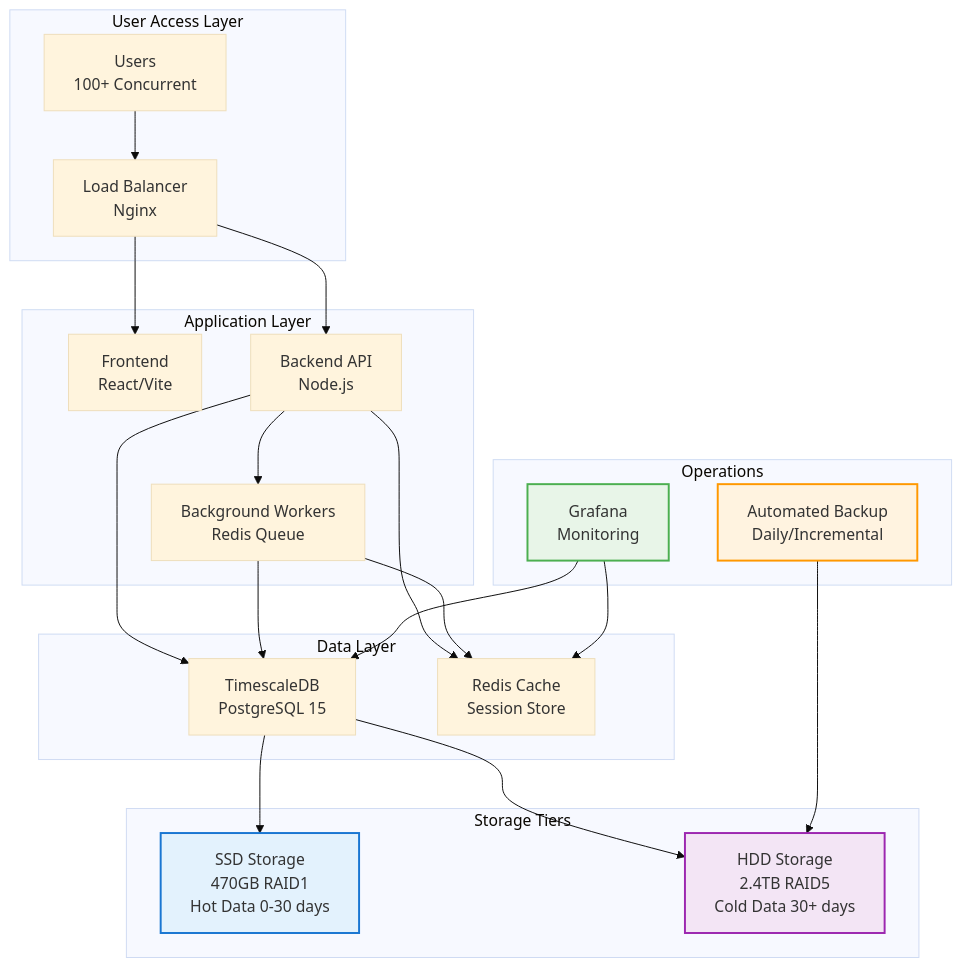
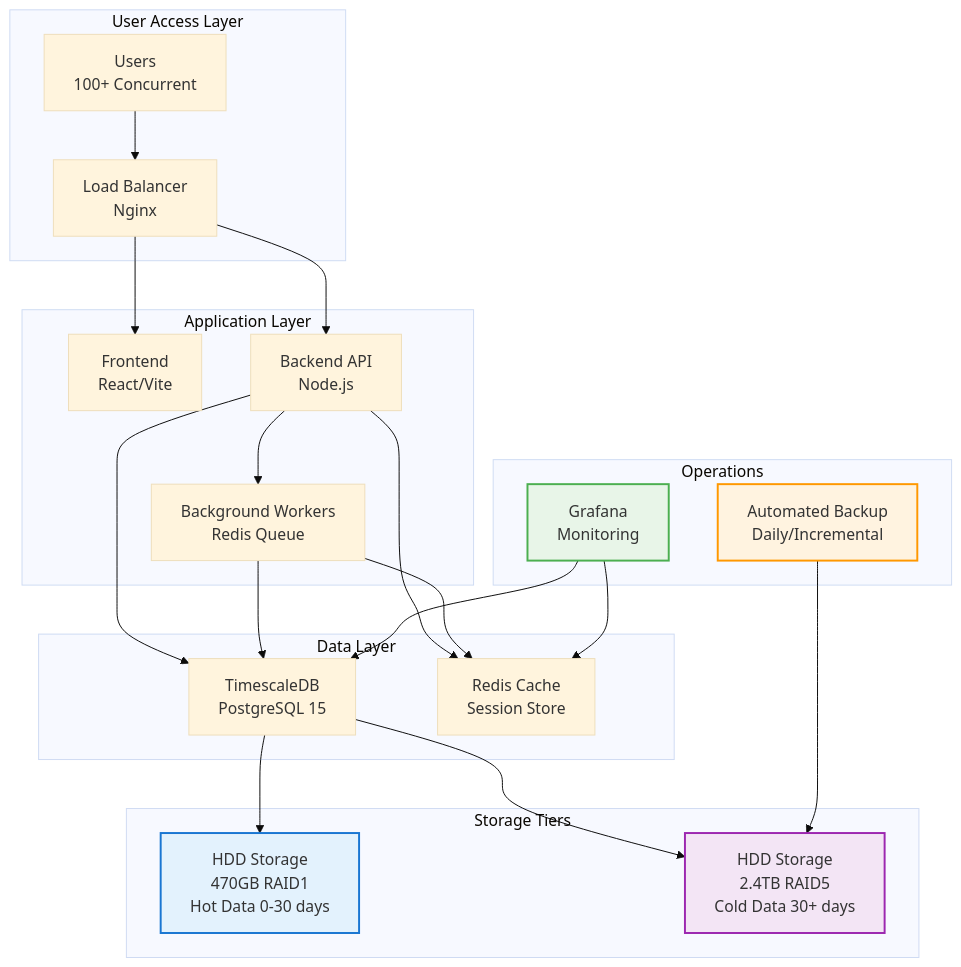
The diagram in docs/docs/getting-started/overview.md (rcdelacruz/prs-prod-workplan), drawn with Mermaid (base theme) before and after one commit. The commit also changed other lines of this file and 78 other files, not shown here.

````diff
--- a/docs/docs/getting-started/overview.md
+++ b/docs/docs/getting-started/overview.md
@@ -66,35 +66,35 @@
 ```mermaid
 graph TB
     subgraph "User Access Layer"
         USERS[Users<br/>100+ Concurrent] --> LB[Load Balancer<br/>Nginx]
     end
     
     subgraph "Application Layer"
         LB --> FRONTEND[Frontend<br/>React/Vite]
         LB --> BACKEND[Backend API<br/>Node.js]
         BACKEND --> WORKER[Background Workers<br/>Redis Queue]
     end
     
     subgraph "Data Layer"
         BACKEND --> DB[TimescaleDB<br/>PostgreSQL 15]
         BACKEND --> CACHE[Redis Cache<br/>Session Store]
         WORKER --> DB
         WORKER --> CACHE
     end
     
     subgraph "Storage Tiers"
-        DB --> SSD[SSD Storage<br/>470GB RAID1<br/>Hot Data 0-30 days]
+        DB --> SSD[HDD Storage<br/>470GB RAID1<br/>Hot Data 0-30 days]
         DB --> HDD[HDD Storage<br/>2.4TB RAID5<br/>Cold Data 30+ days]
     end
     
     subgraph "Operations"
         MONITOR[Grafana<br/>Monitoring] --> DB
         MONITOR --> CACHE
         BACKUP[Automated Backup<br/>Daily/Incremental] --> HDD
     end
     
     style SSD fill:#e3f2fd,stroke:#1976d2,stroke-width:2px
     style HDD fill:#f3e5f5,stroke:#9c27b0,stroke-width:2px
     style MONITOR fill:#e8f5e8,stroke:#4caf50,stroke-width:2px
     style BACKUP fill:#fff3e0,stroke:#ff9800,stroke-width:2px
 ```
````
